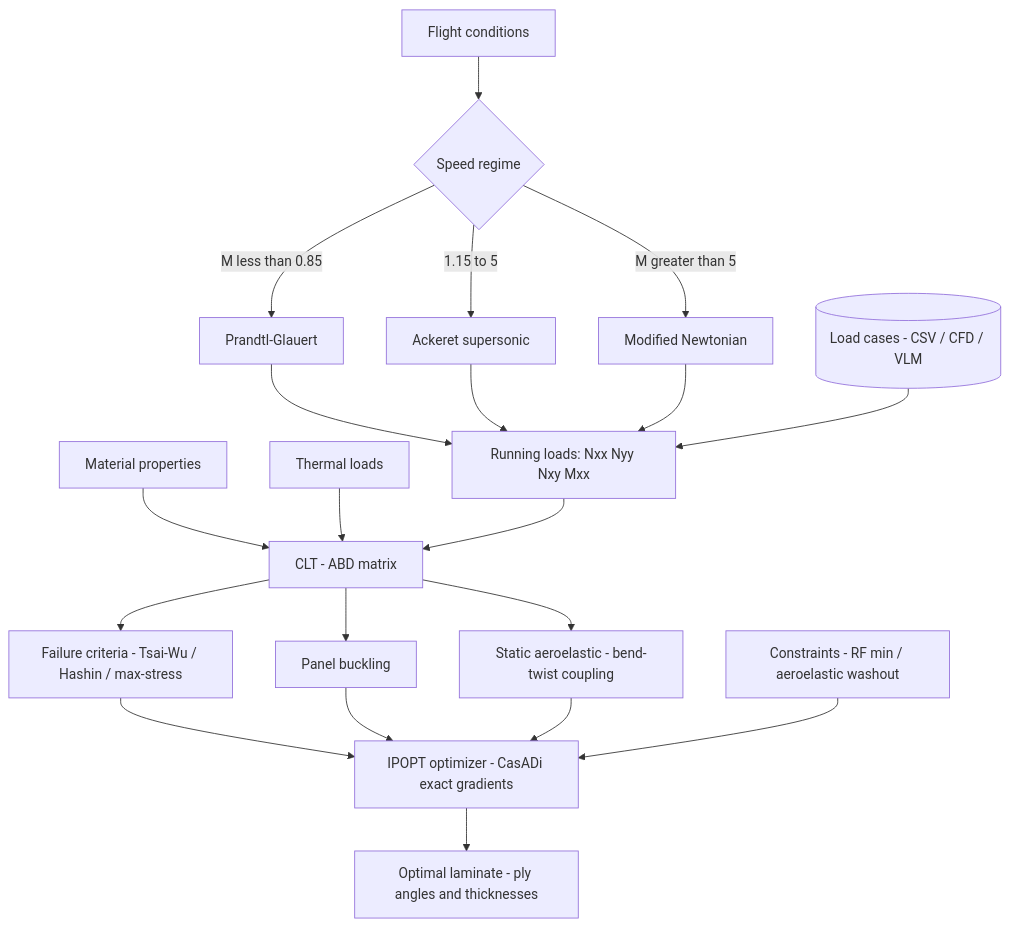
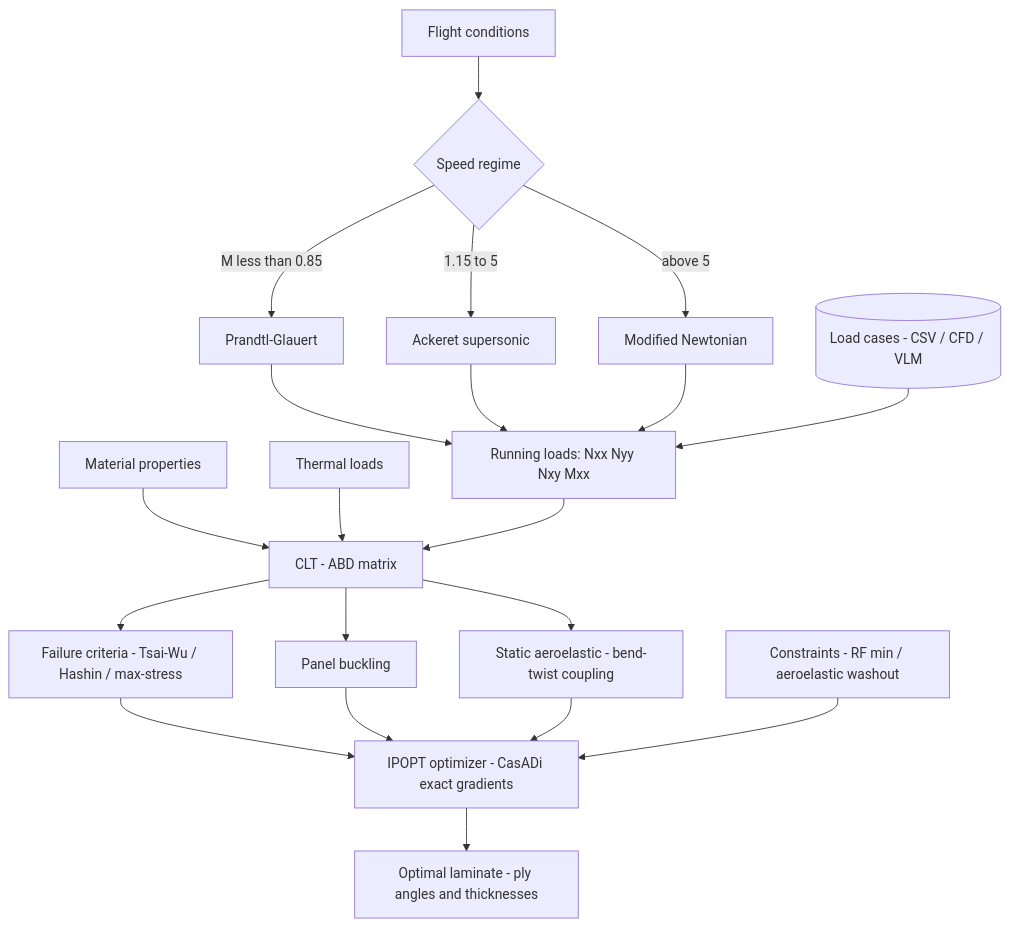
Before and after one commit to rootAmos/ss_comp_panel: the diagram in README.md, drawn with Mermaid. The commit also changed other lines of this file and 18 other files, not shown here.

````diff
--- a/README.md
+++ b/README.md
@@ -12,26 +10,26 @@
 ```mermaid
 graph TD
     FC[Flight conditions] --> regime{Speed regime}
     regime -->|M less than 0.85| PG[Prandtl-Glauert]
     regime -->|1.15 to 5| AC[Ackeret supersonic]
-    regime -->|M greater than 5| MN[Modified Newtonian]
+    regime -->|above 5| MN[Modified Newtonian]
     PG --> RL[Running loads: Nxx Nyy Nxy Mxx]
     AC --> RL
     MN --> RL
     DB[(Load cases - CSV / CFD / VLM)] --> RL
 
     MAT[Material properties] --> CLT[CLT - ABD matrix]
     TH[Thermal loads] --> CLT
     RL --> CLT
 
     CLT --> FA[Failure criteria - Tsai-Wu / Hashin / max-stress]
     CLT --> BK[Panel buckling]
     CLT --> AE[Static aeroelastic - bend-twist coupling]
 
     FA --> OPT[IPOPT optimizer - CasADi exact gradients]
     BK --> OPT
     AE --> OPT
     CON[Constraints - RF min / aeroelastic washout] --> OPT
 
     OPT --> OUT[Optimal laminate - ply angles and thicknesses]
 ```
````
